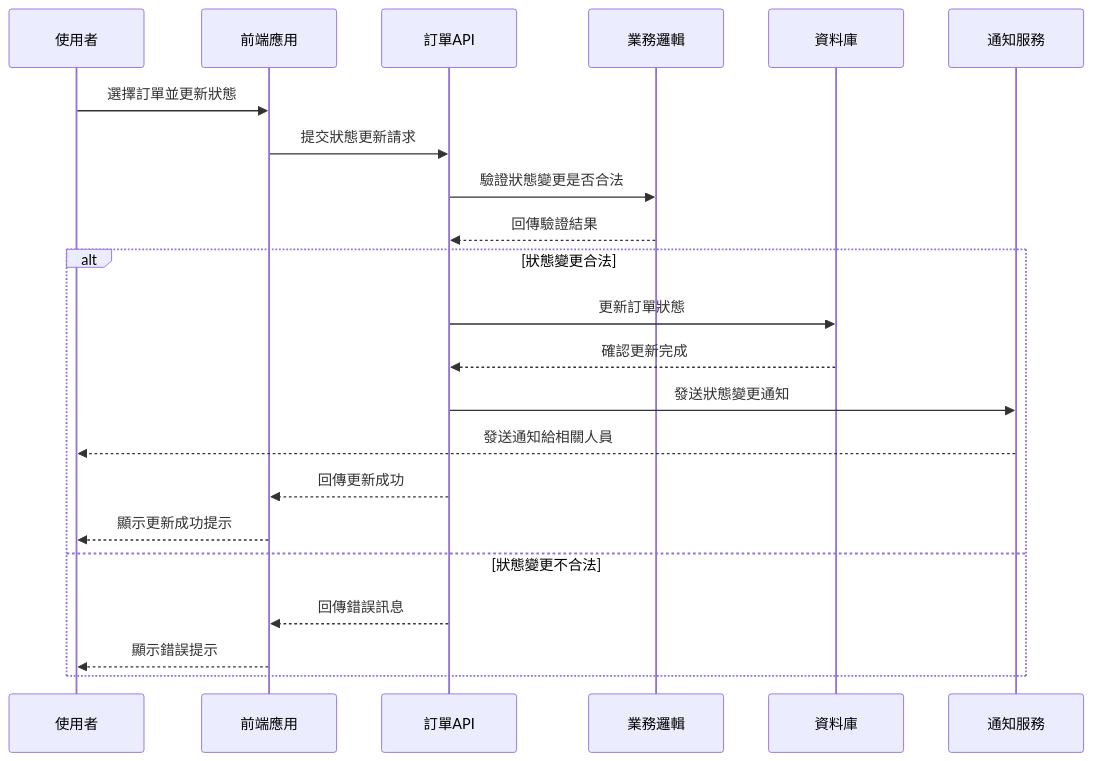
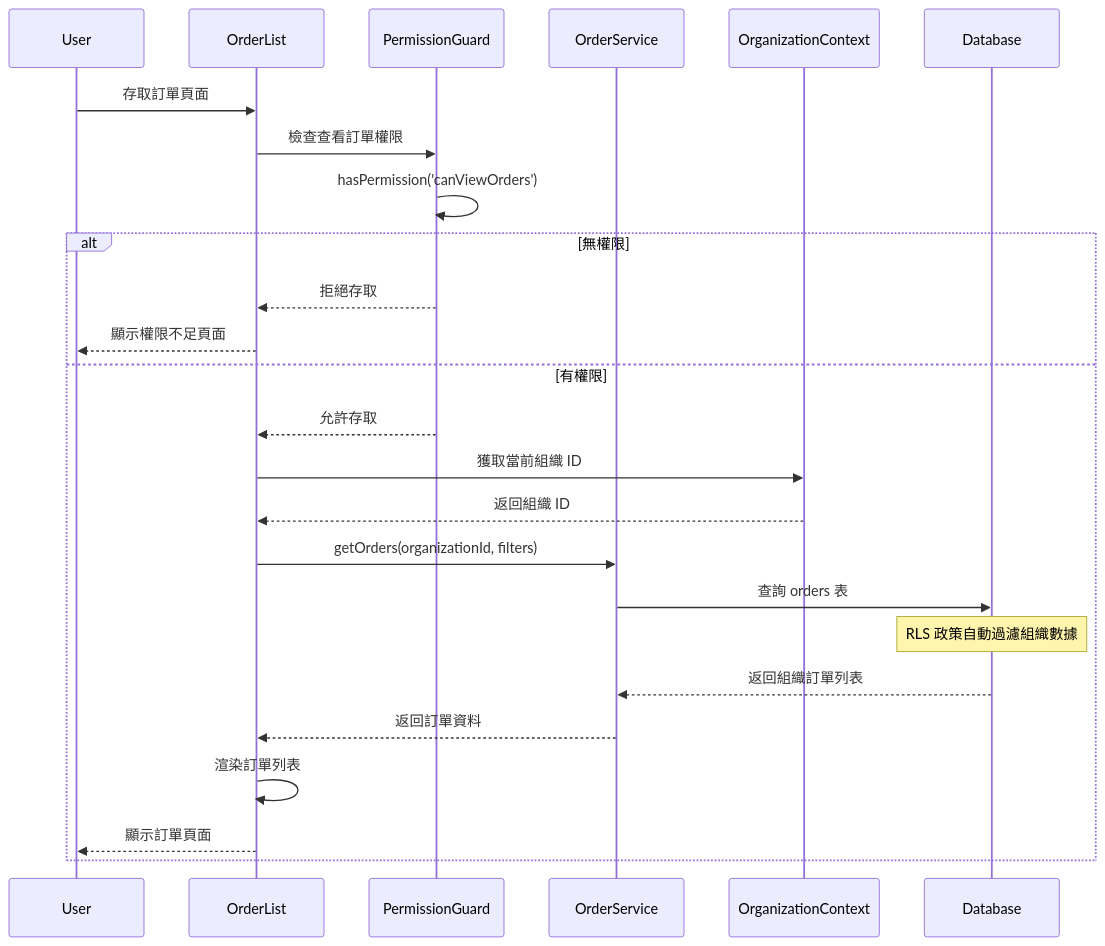
The ninth of 18 diagrams in docs/SEQUENCE_DIAGRAMS.md (quinticechen/qerp-system), drawn with Mermaid before and after one commit. The commit also changed other lines of this file and 9 other files, not shown here.

First line of the commit message:
feat: Enhance organization permission management

````diff
--- a/docs/SEQUENCE_DIAGRAMS.md
+++ b/docs/SEQUENCE_DIAGRAMS.md
@@ -201,26 +270,32 @@
 ```mermaid
 sequenceDiagram
-    participant User as 使用者
-    participant Frontend as 前端應用
-    participant OrderAPI as 訂單API
-    participant BusinessLogic as 業務邏輯
-    participant DB as 資料庫
-    participant NotificationService as 通知服務
+    participant U as User
+    participant UI as OrderList
+    participant PG as PermissionGuard
+    participant OS as OrderService
+    participant OC as OrganizationContext
+    participant DB as Database
 
-    User->>Frontend: 選擇訂單並更新狀態
-    Frontend->>OrderAPI: 提交狀態更新請求
-    OrderAPI->>BusinessLogic: 驗證狀態變更是否合法
-    BusinessLogic-->>OrderAPI: 回傳驗證結果
+    U->>UI: 存取訂單頁面
+    UI->>PG: 檢查查看訂單權限
+    PG->>PG: hasPermission('canViewOrders')
     
-    alt 狀態變更合法
-        OrderAPI->>DB: 更新訂單狀態
-        DB-->>OrderAPI: 確認更新完成
-        OrderAPI->>NotificationService: 發送狀態變更通知
-        NotificationService-->>User: 發送通知給相關人員
-        OrderAPI-->>Frontend: 回傳更新成功
-        Frontend-->>User: 顯示更新成功提示
-    else 狀態變更不合法
-        OrderAPI-->>Frontend: 回傳錯誤訊息
-        Frontend-->>User: 顯示錯誤提示
+    alt 無權限
+        PG-->>UI: 拒絕存取
+        UI-->>U: 顯示權限不足頁面
+    else 有權限
+        PG-->>UI: 允許存取
+        UI->>OC: 獲取當前組織 ID
+        OC-->>UI: 返回組織 ID
+        
+        UI->>OS: getOrders(organizationId, filters)
+        OS->>DB: 查詢 orders 表
+        
+        Note over DB: RLS 政策自動過濾組織數據
+        
+        DB-->>OS: 返回組織訂單列表
+        OS-->>UI: 返回訂單資料
+        UI->>UI: 渲染訂單列表
+        UI-->>U: 顯示訂單頁面
     end
 ```
````
